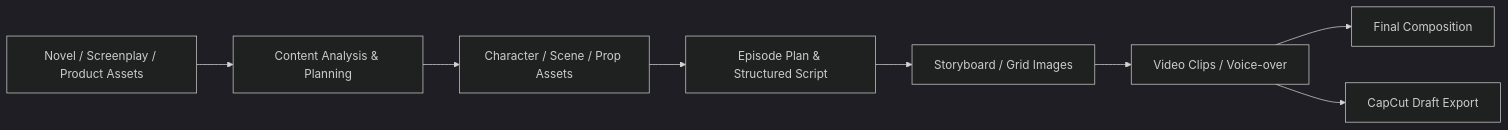
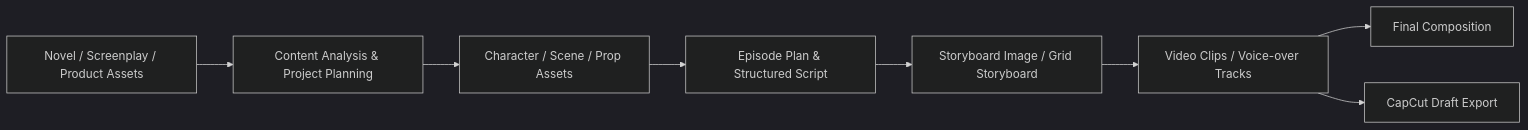
The first of 2 diagrams in README.en.md (ArcReel/ArcReel), drawn with Mermaid (dark theme) before and after one commit. The commit also changed other lines of this file and 18 other files, not shown here.

````diff
--- a/README.en.md
+++ b/README.en.md
@@ -88,10 +88,10 @@
 ```mermaid
 flowchart LR
-    A["Novel / Screenplay / Product Assets"] --> B["Content Analysis & Planning"]
+    A["Novel / Screenplay / Product Assets"] --> B["Content Analysis & Project Planning"]
     B --> C["Character / Scene / Prop Assets"]
     C --> D["Episode Plan & Structured Script"]
-    D --> E["Storyboard / Grid Images"]
-    E --> F["Video Clips / Voice-over"]
+    D --> E["Storyboard Image / Grid Storyboard"]
+    E --> F["Video Clips / Voice-over Tracks"]
     F --> G["Final Composition"]
     F --> H["CapCut Draft Export"]
 ```
````
